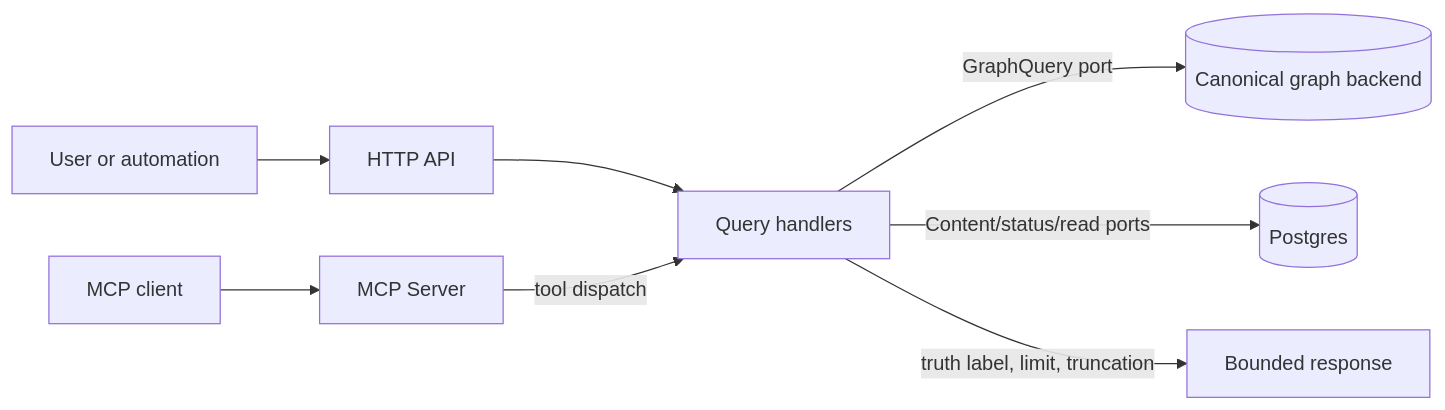
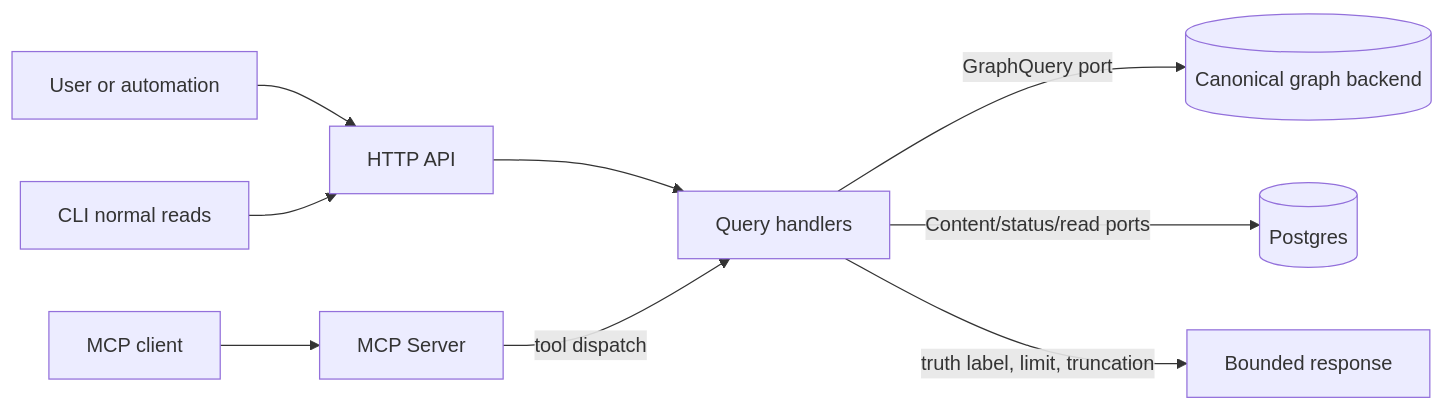
One commit to eshu-hq/eshu changed the third of 3 diagrams in docs/public/architecture.md. Above: the diagram before and after it, drawn with Mermaid. The commit also changed other lines of this file and 24 other files, not shown here.

````diff
--- a/docs/public/architecture.md
+++ b/docs/public/architecture.md
@@ -141,10 +140,11 @@
 ```mermaid
 flowchart LR
   User["User or automation"] --> API["HTTP API"]
   MCPClient["MCP client"] --> MCP["MCP Server"]
+  CLI["CLI normal reads"] --> API
   API --> Query["Query handlers"]
   MCP -->|"tool dispatch"| Query
   Query -->|"GraphQuery port"| Graph[("Canonical graph backend")]
   Query -->|"Content/status/read ports"| Postgres[("Postgres")]
   Query -->|"truth label, limit, truncation"| Response["Bounded response"]
 ```
````
